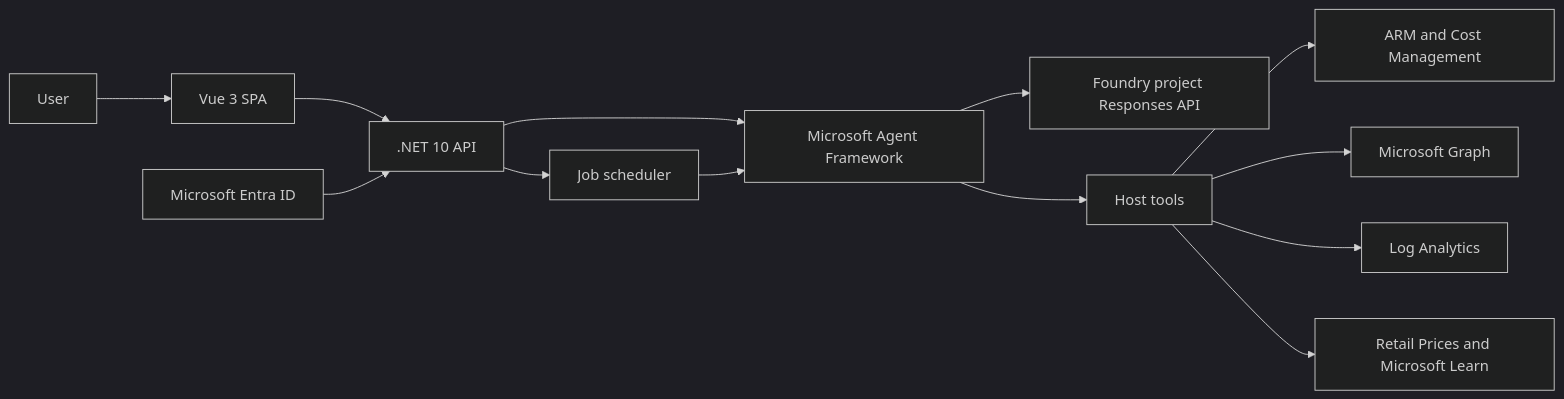
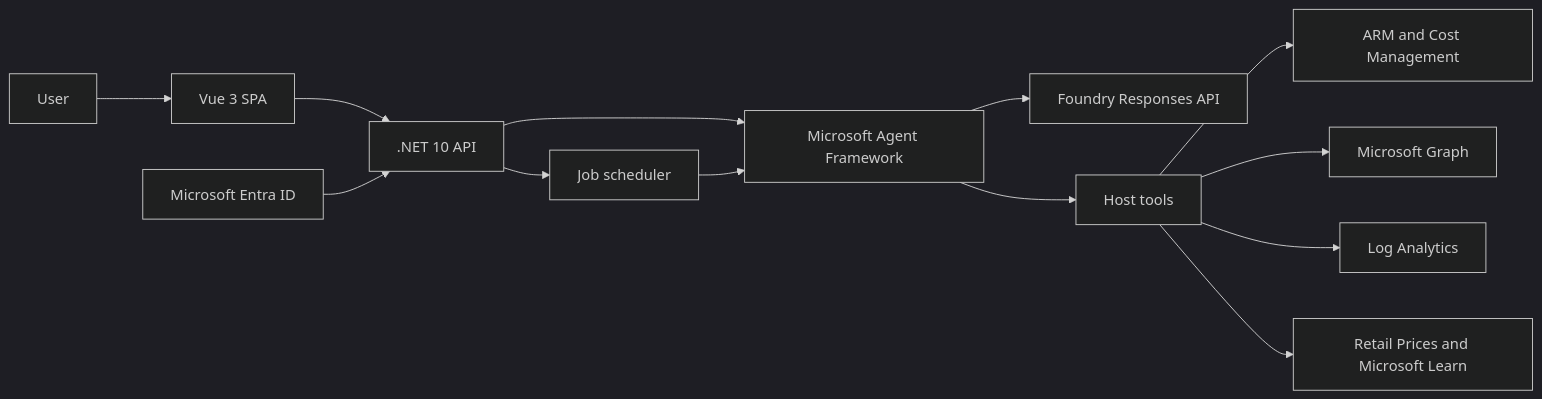
One commit to Azure-Samples/azure-finops-agent changed the diagram in README.md. Above: the diagram before and after it, drawn with Mermaid (dark theme). The commit also changed other lines of this file and 26 other files, not shown here.

````diff
--- a/README.md
+++ b/README.md
@@ -121,15 +121,15 @@
 ```mermaid
 flowchart LR
     User --> UI[Vue 3 SPA]
     UI --> API[.NET 10 API]
     API --> Agent[Microsoft Agent Framework]
     API --> Jobs[Job scheduler]
     Jobs --> Agent
-    Agent --> Model[Foundry project Responses API]
+    Agent --> Model[Foundry Responses API]
     Agent --> Tools[Host tools]
     Tools --> ARM[ARM and Cost Management]
     Tools --> Graph[Microsoft Graph]
     Tools --> Logs[Log Analytics]
     Tools --> Public[Retail Prices and Microsoft Learn]
     Entra[Microsoft Entra ID] --> API
 ```
````
